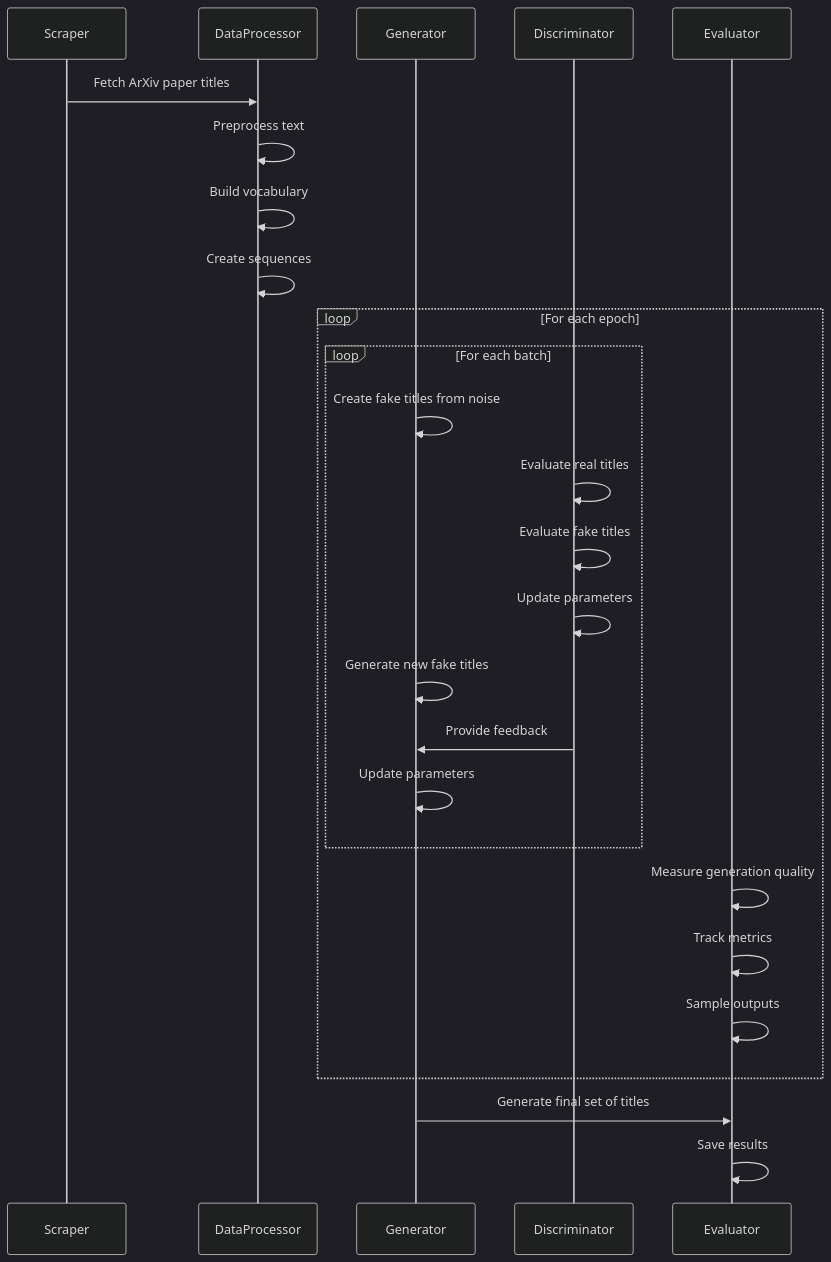
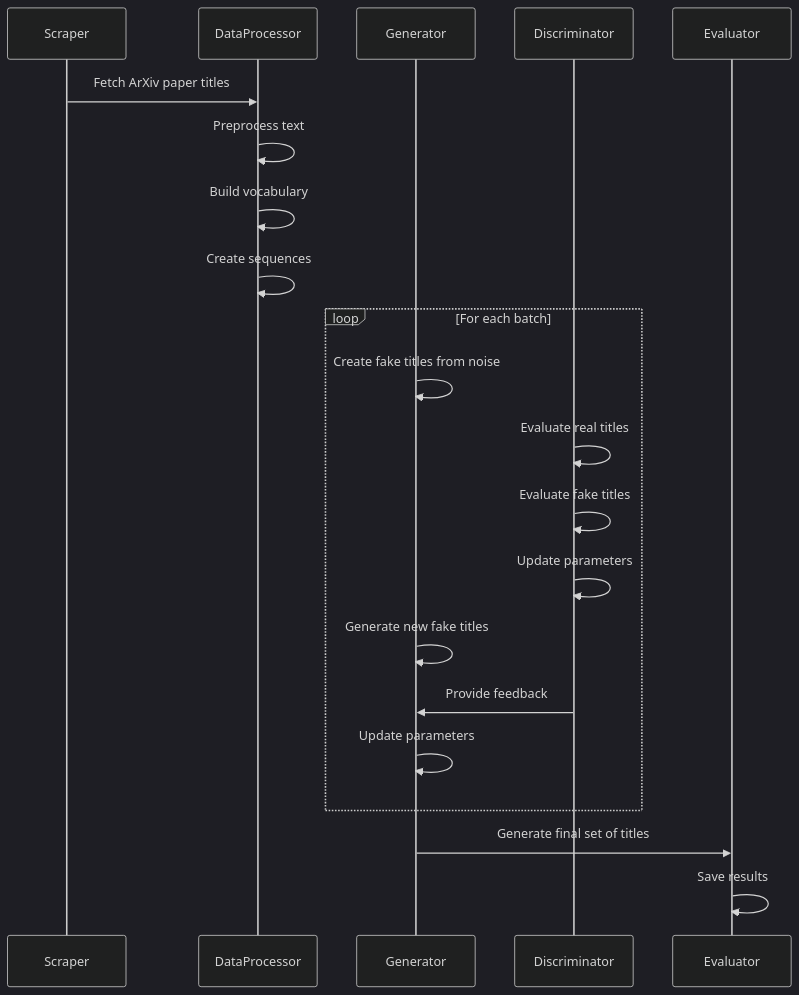
The second of 2 diagrams in README.md (Ibzie/GAN-Based-Paper-Title-Generator), drawn with Mermaid (dark theme) before and after one commit. The commit also changed other lines of this file and 2 other files, not shown here.

````diff
--- a/README.md
+++ b/README.md
@@ -139,31 +127,26 @@
 ```mermaid
 sequenceDiagram
     participant Scraper
     participant DataProcessor
     participant Generator
     participant Discriminator
     participant Evaluator
 
     Scraper->>DataProcessor: Fetch ArXiv paper titles
     DataProcessor->>DataProcessor: Preprocess text
     DataProcessor->>DataProcessor: Build vocabulary
     DataProcessor->>DataProcessor: Create sequences
     
-    loop For each epoch
-        loop For each batch
-            Generator->>Generator: Create fake titles from noise
-            Discriminator->>Discriminator: Evaluate real titles
-            Discriminator->>Discriminator: Evaluate fake titles
-            Discriminator->>Discriminator: Update parameters
-            Generator->>Generator: Generate new fake titles
-            Discriminator->>Generator: Provide feedback
-            Generator->>Generator: Update parameters
-        end
-        Evaluator->>Evaluator: Measure generation quality
-        Evaluator->>Evaluator: Track metrics
-        Evaluator->>Evaluator: Sample outputs
+    loop For each batch
+        Generator->>Generator: Create fake titles from noise
+        Discriminator->>Discriminator: Evaluate real titles
+        Discriminator->>Discriminator: Evaluate fake titles
+        Discriminator->>Discriminator: Update parameters
+        Generator->>Generator: Generate new fake titles
+        Discriminator->>Generator: Provide feedback
+        Generator->>Generator: Update parameters
     end
     
     Generator->>Evaluator: Generate final set of titles
     Evaluator->>Evaluator: Save results
 ```
````
